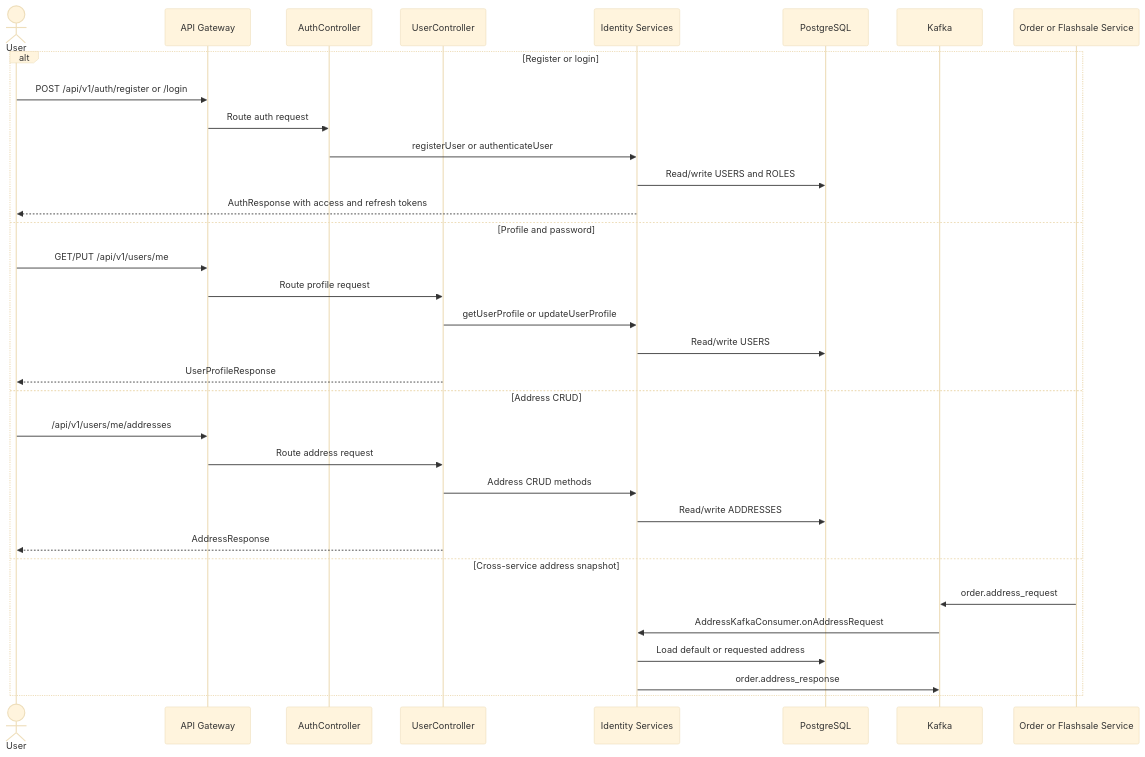
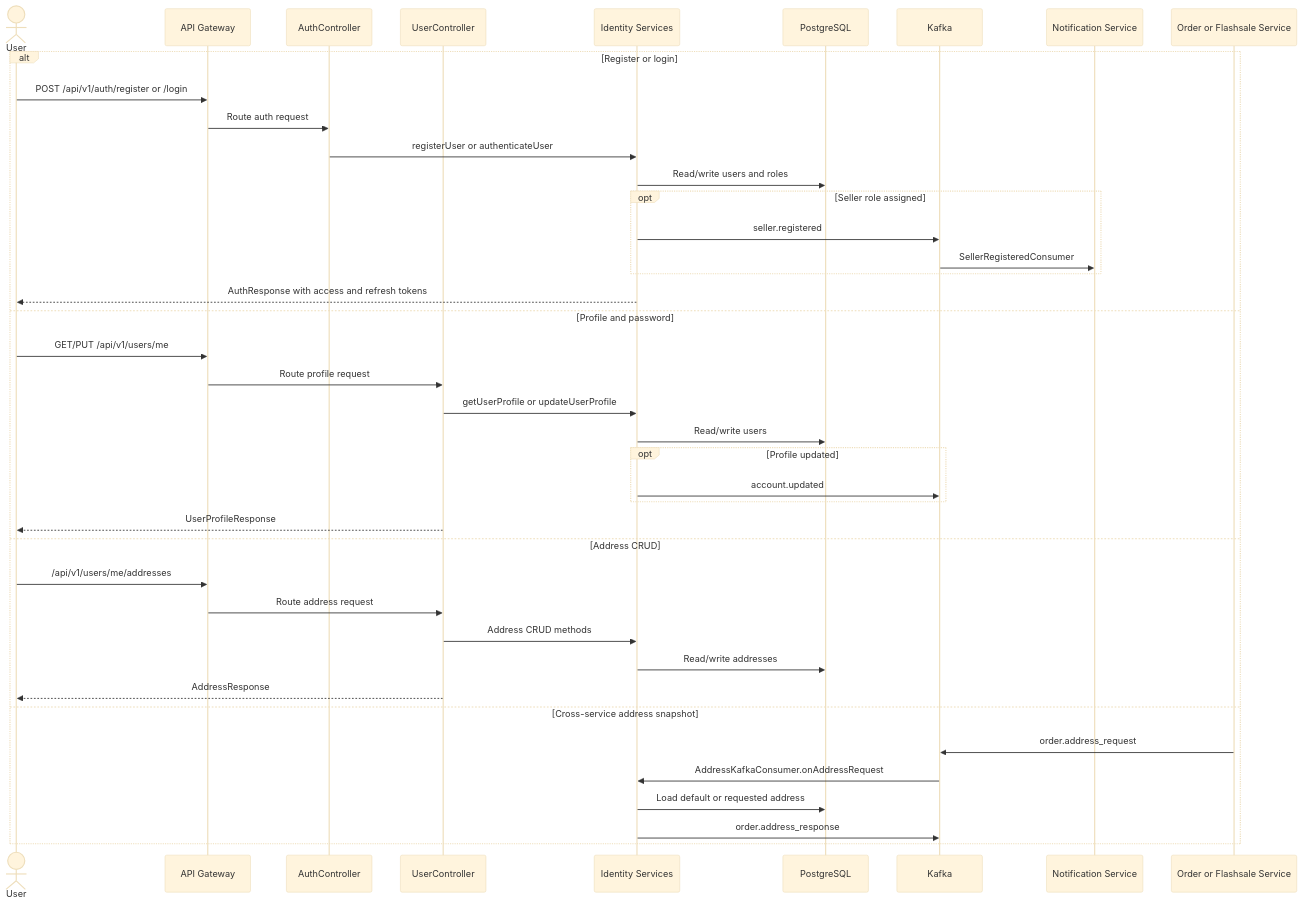
One commit to ldqanh1408/stealing-from-paradise changed the diagram in documents/flows/identity-service/flow-identity-access-profile.md. Above: the diagram before and after it, drawn with Mermaid (base theme). The commit also changed other lines of this file and 324 other files, not shown here.

````diff
--- a/documents/flows/identity-service/flow-identity-access-profile.md
+++ b/documents/flows/identity-service/flow-identity-access-profile.md
@@ -16,36 +16,44 @@
 ```mermaid
 sequenceDiagram
     actor User
     participant GW as API Gateway
     participant Auth as AuthController
     participant Users as UserController
     participant Svc as Identity Services
     participant DB as PostgreSQL
     participant Kafka as Kafka
+    participant Notif as Notification Service
     participant Order as Order or Flashsale Service
 
     alt Register or login
         User->>GW: POST /api/v1/auth/register or /login
         GW->>Auth: Route auth request
         Auth->>Svc: registerUser or authenticateUser
-        Svc->>DB: Read/write USERS and ROLES
+        Svc->>DB: Read/write users and roles
+        opt Seller role assigned
+            Svc->>Kafka: seller.registered
+            Kafka->>Notif: SellerRegisteredConsumer
+        end
         Svc-->>User: AuthResponse with access and refresh tokens
     else Profile and password
         User->>GW: GET/PUT /api/v1/users/me
         GW->>Users: Route profile request
         Users->>Svc: getUserProfile or updateUserProfile
-        Svc->>DB: Read/write USERS
+        Svc->>DB: Read/write users
+        opt Profile updated
+            Svc->>Kafka: account.updated
+        end
         Users-->>User: UserProfileResponse
     else Address CRUD
         User->>GW: /api/v1/users/me/addresses
         GW->>Users: Route address request
         Users->>Svc: Address CRUD methods
-        Svc->>DB: Read/write ADDRESSES
+        Svc->>DB: Read/write addresses
         Users-->>User: AddressResponse
     else Cross-service address snapshot
         Order->>Kafka: order.address_request
         Kafka->>Svc: AddressKafkaConsumer.onAddressRequest
         Svc->>DB: Load default or requested address
         Svc->>Kafka: order.address_response
     end
 ```
````
